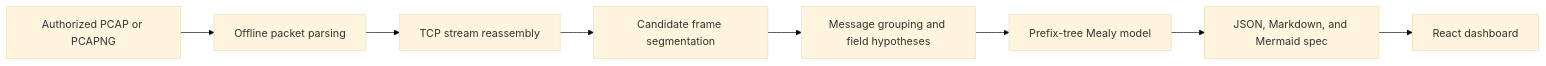
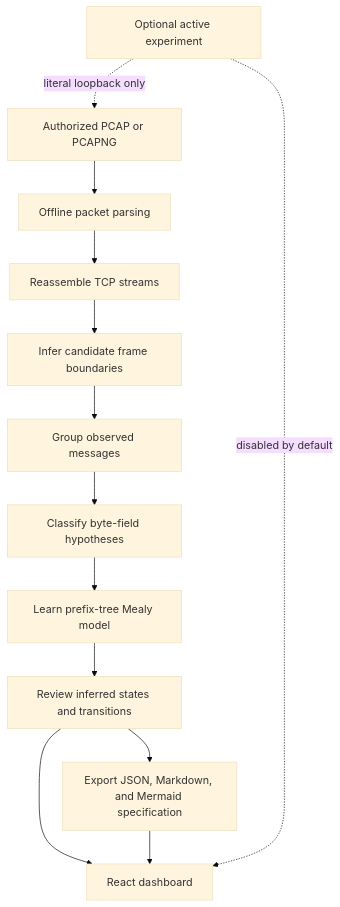
Before and after one commit to nihalmachhi/ProtoMind: the diagram in README.md, drawn with Mermaid (base theme).

Commit message:
docs: expand README architecture diagram

````diff
--- a/README.md
+++ b/README.md
@@ -15,10 +15,15 @@
 ```mermaid
-flowchart LR
+flowchart TD
   A[Authorized PCAP or PCAPNG] --> B[Offline packet parsing]
-  B --> C[TCP stream reassembly]
-  C --> D[Candidate frame segmentation]
-  D --> E[Message grouping and field hypotheses]
-  E --> F[Prefix-tree Mealy model]
-  F --> G[JSON, Markdown, and Mermaid spec]
-  G --> H[React dashboard]
+  B --> C[Reassemble TCP streams]
+  C --> D[Infer candidate frame boundaries]
+  D --> E[Group observed messages]
+  E --> F[Classify byte-field hypotheses]
+  F --> G[Learn prefix-tree Mealy model]
+  G --> H[Review inferred states and transitions]
+  H --> I[Export JSON, Markdown, and Mermaid specification]
+  H --> J[React dashboard]
+  I --> J
+  K[Optional active experiment] -. literal loopback only .-> A
+  K -. disabled by default .-> J
 ```
````
